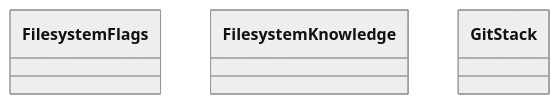
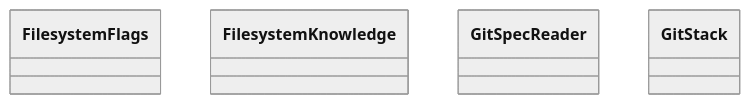
One commit to GonzaloZevallos/agentic-system changed the diagram in docs/architecture/generated/classes-knowledge-adapters-all.md. Above: the diagram before and after it, drawn with Mermaid (neutral theme). The commit also changed 11 other files, not shown here.

First line of the commit message:
Add the SpecReader port and a hardened git adapter that reads a spec from a commit

````diff
--- a/docs/architecture/generated/classes-knowledge-adapters-all.md
+++ b/docs/architecture/generated/classes-knowledge-adapters-all.md
@@ -5,6 +5,7 @@
 ```mermaid
 classDiagram
     class filesystem__flags__FilesystemFlags["FilesystemFlags"]
     class filesystem__knowledge__FilesystemKnowledge["FilesystemKnowledge"]
+    class git__spec_reader__GitSpecReader["GitSpecReader"]
     class git__stack__GitStack["GitStack"]
 ```
````
